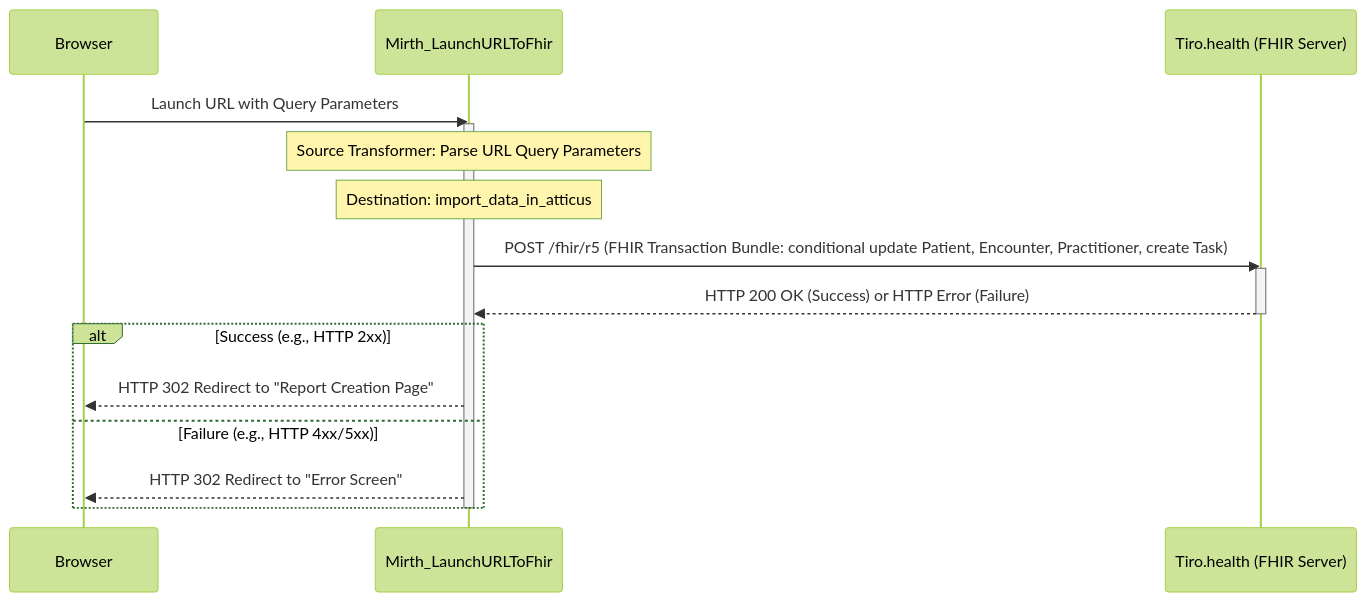
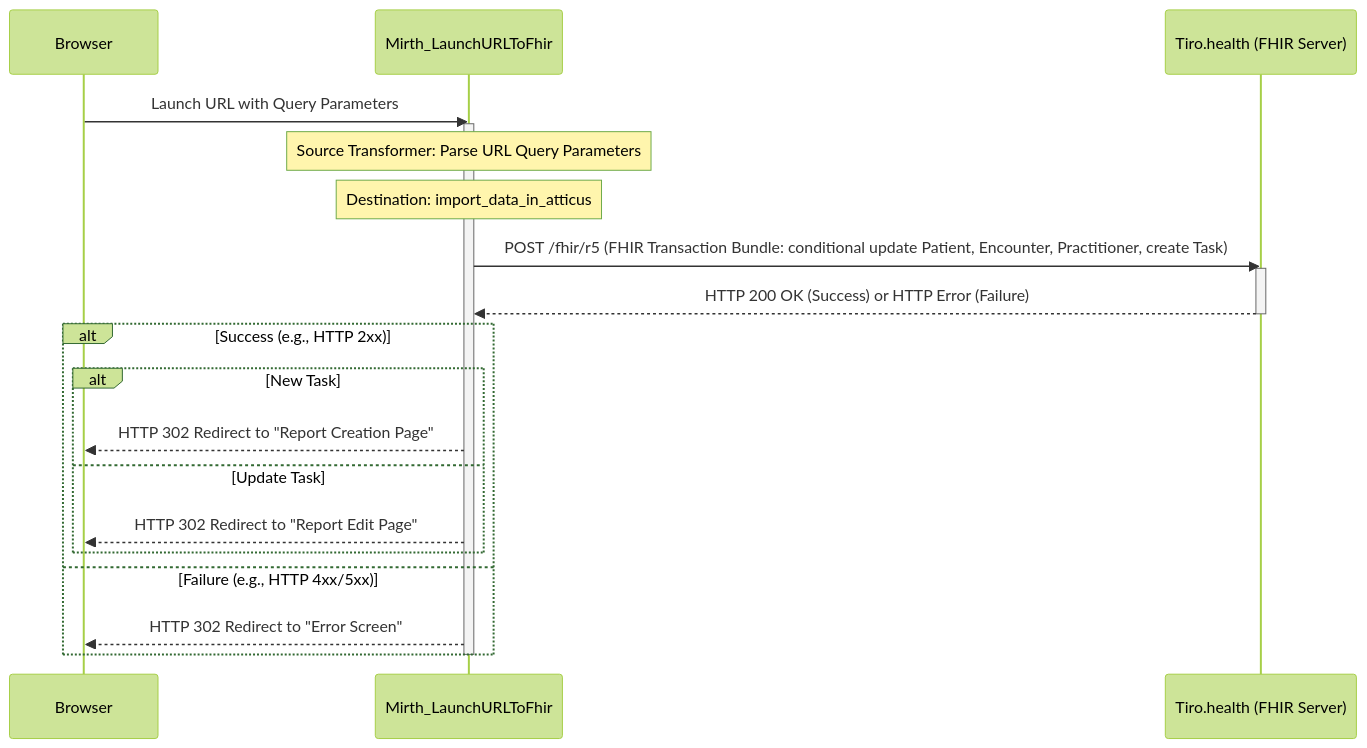
One commit to Tiro-health/atticus-mirth changed the diagram in channels/import/URL/README.md. Above: the diagram before and after it, drawn with Mermaid (forest theme).

````diff
--- a/channels/import/URL/README.md
+++ b/channels/import/URL/README.md
@@ -19,22 +19,26 @@
 ```mermaid
 sequenceDiagram
     participant C as Browser
     participant M as Mirth_LaunchURLToFhir
     participant T as Tiro.health (FHIR Server)
 
     C->>M: Launch URL with Query Parameters
     activate M
     note over M: Source Transformer: Parse URL Query Parameters
     note over M: Destination: import_data_in_atticus
     M->>T: POST /fhir/r5 (FHIR Transaction Bundle: conditional update Patient, Encounter, Practitioner, create Task)
     activate T
     T-->>M: HTTP 200 OK (Success) or HTTP Error (Failure)
     deactivate T
 
     alt Success (e.g., HTTP 2xx)
-        M-->>C: HTTP 302 Redirect to "Report Creation Page"
+        alt New Task
+            M-->>C: HTTP 302 Redirect to "Report Creation Page"
+        else Update Task
+            M-->>C: HTTP 302 Redirect to "Report Edit Page"
+        end
     else Failure (e.g., HTTP 4xx/5xx)
         M-->>C: HTTP 302 Redirect to "Error Screen"
     end
     deactivate M
 ```
````
